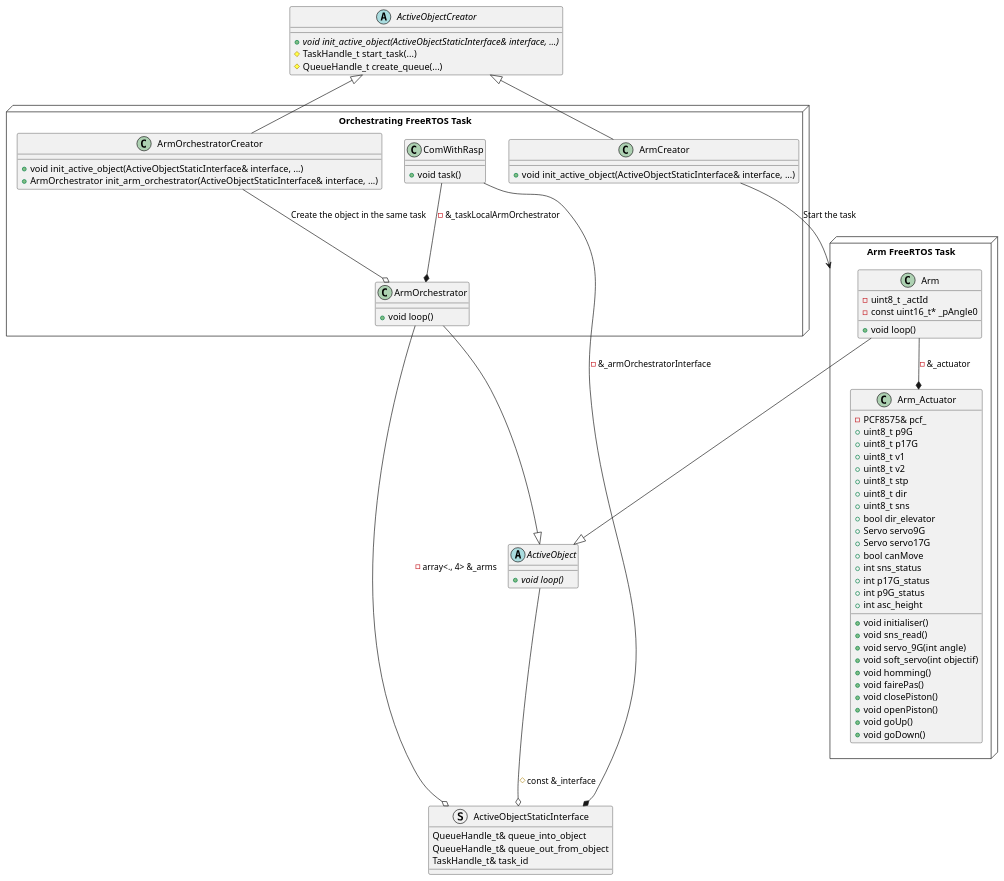
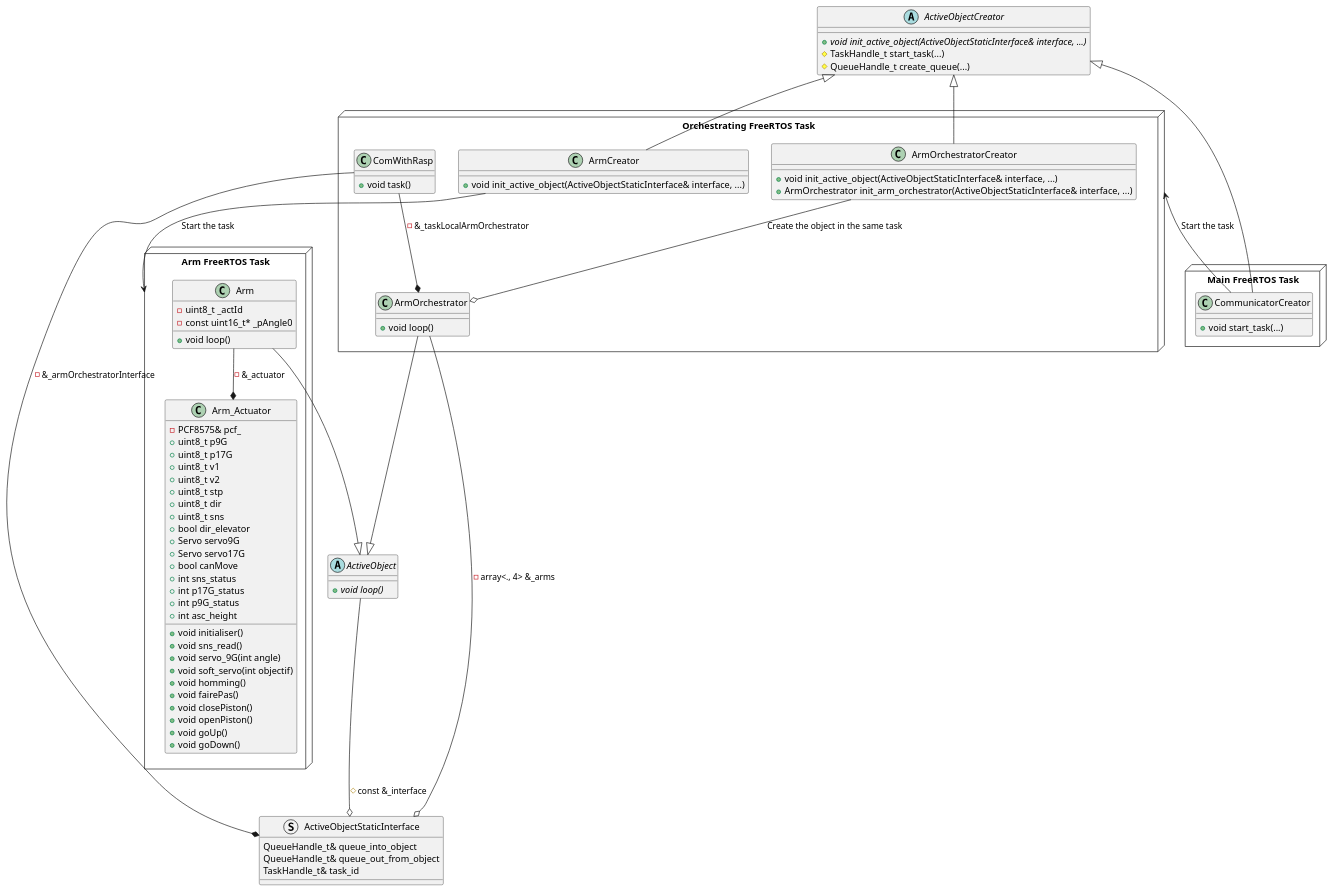
Before and after one commit to eirbot/stk_robot: the diagram in embedded/docs/arch.puml, drawn with PlantUML.

Commit message:
feat: main task in archi

```diff
--- a/embedded/docs/arch.puml
+++ b/embedded/docs/arch.puml
@@ -1,95 +1,103 @@
 @startuml
 ' TODO: set the attributes that relates to other classes
 ' https://plantuml.com/class-diagram#631c2725deb35a73
 
 struct ActiveObjectStaticInterface {
 	QueueHandle_t& queue_into_object
 	QueueHandle_t& queue_out_from_object
 	TaskHandle_t& task_id
 }
 
 abstract class ActiveObject {
 	+ {abstract} void loop()
 }
 
 ActiveObject --o ActiveObjectStaticInterface : # const &_interface
 package "Arm FreeRTOS Task" <<Node>> {
 	class Arm {
 		- uint8_t _actId
 		- const uint16_t* _pAngle0
 		+ void loop()
 	}
 
 	class Arm_Actuator {
 		+ void initialiser()
 		+ void sns_read()
 		+ void servo_9G(int angle)
 		+ void soft_servo(int objectif)
 		+ void homming()
 		+ void fairePas()
 		+ void closePiston()
 		+ void openPiston()
 		+ void goUp()
 		+ void goDown()
 
 		- PCF8575& pcf_
 		+ uint8_t p9G
 		+ uint8_t p17G
 		+ uint8_t v1
 		+ uint8_t v2
 		+ uint8_t stp
 		+ uint8_t dir
 		+ uint8_t sns
 		+ bool dir_elevator
 		+ Servo servo9G
 		+ Servo servo17G
 		+ bool canMove
 		+ int sns_status
 		+ int p17G_status
 		+ int p9G_status
 		+ int asc_height
 	}
 }
 
 Arm --* Arm_Actuator : - &_actuator
 
 Arm --|> ActiveObject
 
 abstract class ActiveObjectCreator {
     + {abstract} void init_active_object(ActiveObjectStaticInterface& interface, ...) 
 	# TaskHandle_t start_task(...)
 	# QueueHandle_t create_queue(...)
 }
 
 package "Orchestrating FreeRTOS Task" <<Node>> {
 	class ArmCreator {
 	    + void init_active_object(ActiveObjectStaticInterface& interface, ...) 
 	}
 	ArmCreator -up-|> ActiveObjectCreator
 	ArmCreator --> "Arm FreeRTOS Task" : "Start the task"
 
 	class ArmOrchestrator {
 		+ void loop()
 	}
 
 	ArmOrchestrator --o ActiveObjectStaticInterface : - array<., 4> &_arms
 
 	ArmOrchestrator --|> ActiveObject
 
 	class ArmOrchestratorCreator {
 		+ void init_active_object(ActiveObjectStaticInterface& interface, ...) 
 		+ ArmOrchestrator init_arm_orchestrator(ActiveObjectStaticInterface& interface, ...) 
 	}
 
 	ArmOrchestratorCreator -up-|> ActiveObjectCreator
 	ArmOrchestratorCreator --o ArmOrchestrator : Create the object in the same task 
 
 	class ComWithRasp {
 		+ void task()
 	}
 
     ComWithRasp --* ArmOrchestrator : - &_taskLocalArmOrchestrator
     ComWithRasp --* ActiveObjectStaticInterface : - &_armOrchestratorInterface
 }
 
+package "Main FreeRTOS Task" <<Node>> {
+	class CommunicatorCreator {
+		+ void start_task(...)
+	}
+	CommunicatorCreator -up-|> ActiveObjectCreator
+	CommunicatorCreator -up-> "Orchestrating FreeRTOS Task" : "Start the task" 
+}
+
 @enduml
```
